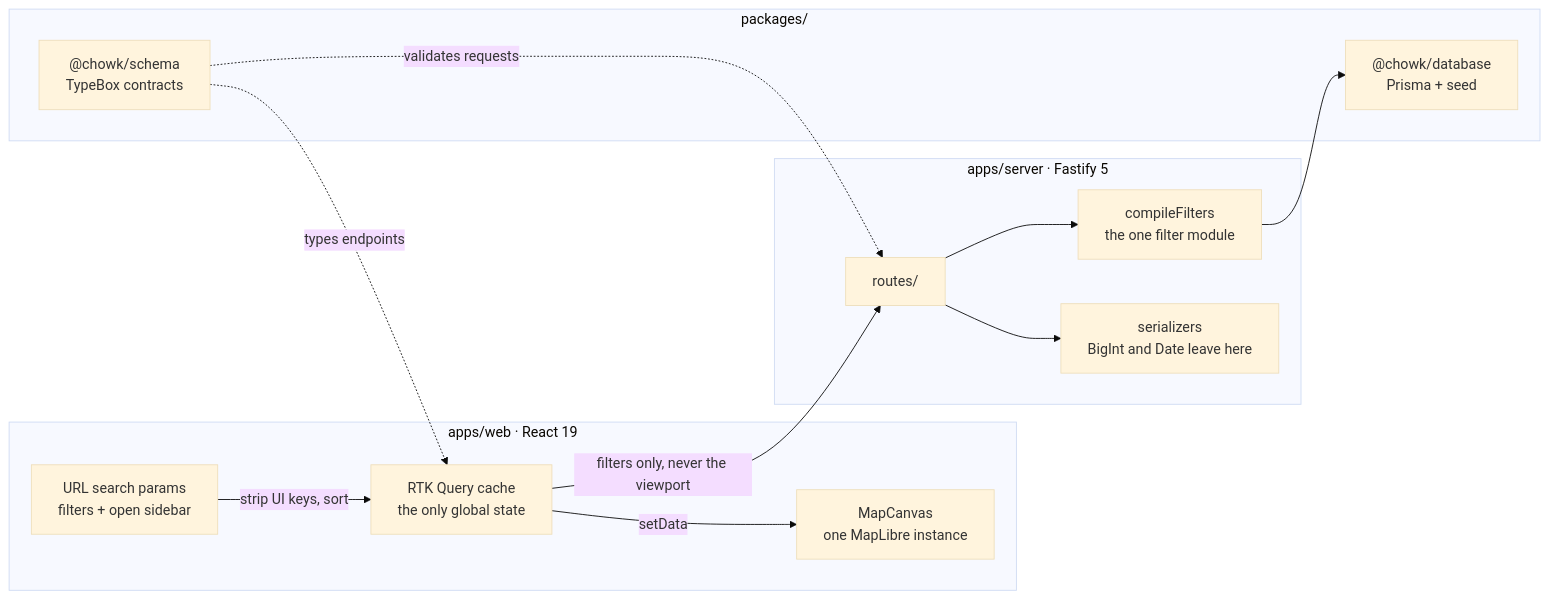
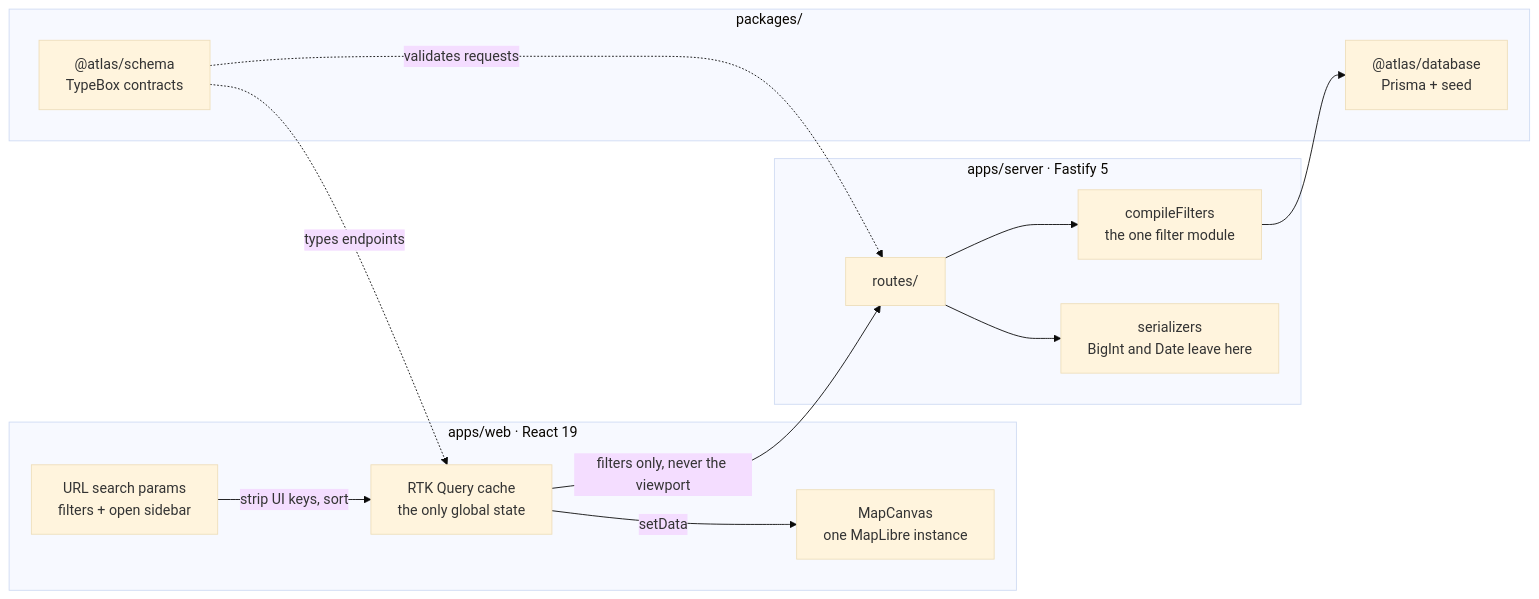
The diagram in README.md (kamil200/atlas), drawn with Mermaid (base theme) before and after one commit. The commit also changed other lines of this file and 80 other files, not shown here.

First line of the commit message:
chore: rename Chowk to Atlas

````diff
--- a/README.md
+++ b/README.md
@@ -42,27 +42,27 @@
 ```mermaid
 flowchart LR
   subgraph browser["apps/web · React 19"]
     URL["URL search params<br/>filters + open sidebar"]
     RTK["RTK Query cache<br/>the only global state"]
     MAP["MapCanvas<br/>one MapLibre instance"]
   end
 
   subgraph server["apps/server · Fastify 5"]
     ROUTES["routes/"]
     CF["compileFilters<br/>the one filter module"]
     SER["serializers<br/>BigInt and Date leave here"]
   end
 
   subgraph shared["packages/"]
-    SCHEMA["@chowk/schema<br/>TypeBox contracts"]
-    DB["@chowk/database<br/>Prisma + seed"]
+    SCHEMA["@atlas/schema<br/>TypeBox contracts"]
+    DB["@atlas/database<br/>Prisma + seed"]
   end
 
   URL -->|"strip UI keys, sort"| RTK
   RTK -->|"filters only, never the viewport"| ROUTES
   RTK -->|"setData"| MAP
   ROUTES --> CF --> DB
   ROUTES --> SER
   SCHEMA -.->|"validates requests"| ROUTES
   SCHEMA -.->|"types endpoints"| RTK
 ```
````
